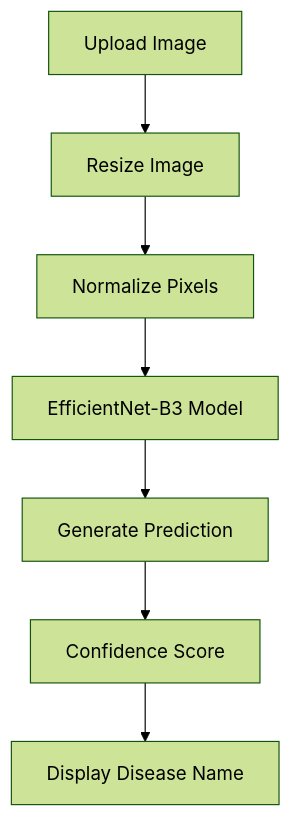
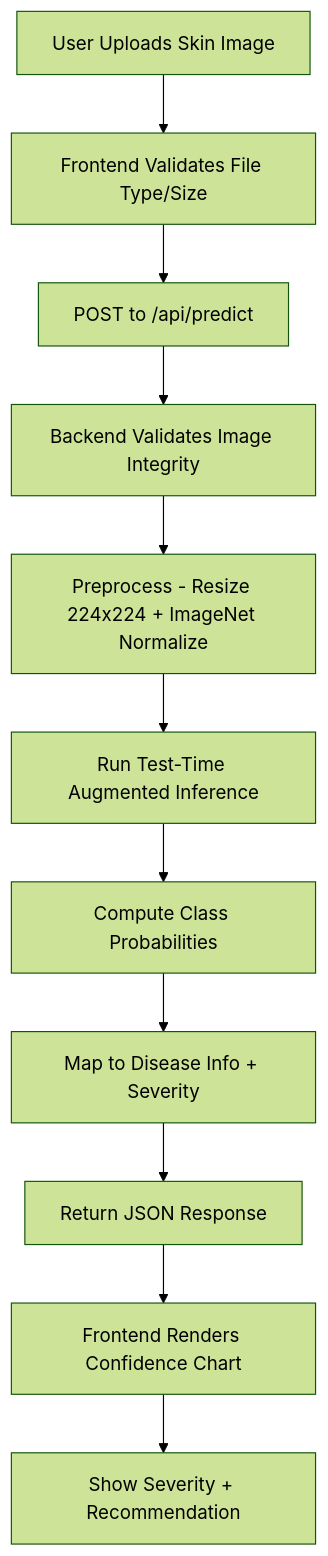
Before and after one commit to shanky-ux/SkinScan-AI: the second of 4 diagrams in README.md, drawn with Mermaid (forest theme). The commit also changed other lines of this file, not shown here.

First line of the commit message:
Revise README for SkinScan-AI branding and details

````diff
--- a/README.md
+++ b/README.md
@@ -52,16 +67,14 @@
 ```mermaid
 flowchart TD
 
-A[Upload Image]
---> B[Resize Image]
-
-B --> C[Normalize Pixels]
-
-C --> D[EfficientNet-B3 Model]
-
-D --> E[Generate Prediction]
-
-E --> F[Confidence Score]
-
-F --> G[Display Disease Name]
+    A[User Uploads Skin Image] --> B[Frontend Validates File Type/Size]
+    B --> C[POST to /api/predict]
+    C --> D[Backend Validates Image Integrity]
+    D --> E[Preprocess - Resize 224x224 + ImageNet Normalize]
+    E --> F[Run Test-Time Augmented Inference]
+    F --> G[Compute Class Probabilities]
+    G --> H[Map to Disease Info + Severity]
+    H --> I[Return JSON Response]
+    I --> J[Frontend Renders Confidence Chart]
+    J --> K[Show Severity + Recommendation]
 ```
````
